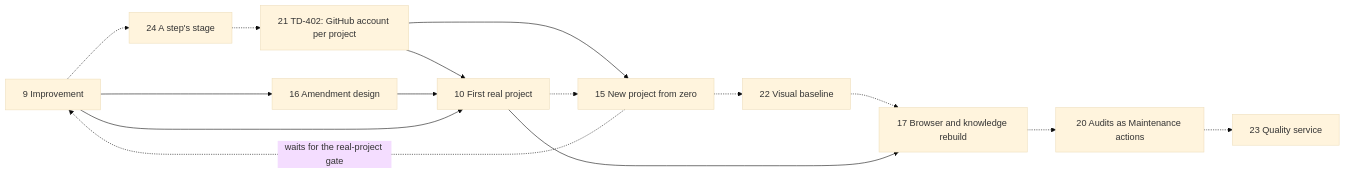
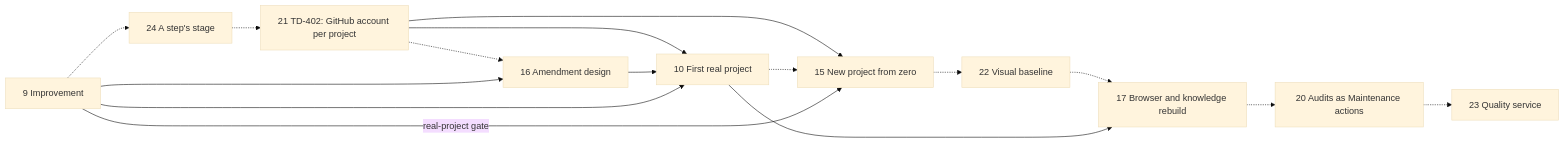
Before and after one commit to maba-pag/owlbear: the diagram in .owlbear/research/owlbear-plan.md, drawn with Mermaid (base theme). The commit also changed other lines of this file, not shown here.

Commit message:
Plan: the dependency diagram without the gate cycle; TD-402 before item 16

````diff
--- a/.owlbear/research/owlbear-plan.md
+++ b/.owlbear/research/owlbear-plan.md
@@ -113,17 +113,18 @@
 ```mermaid
 flowchart LR
   I9["9 Improvement"] -.-> I24["24 A step's stage"]
   I24 -.-> I21["21 TD-402: GitHub account per project"]
   I21 --> I15["15 New project from zero"]
   I21 --> I10["10 First real project"]
+  I21 -.-> I16
   I9 --> I16["16 Amendment design"]
   I16 --> I10
   I9 --> I10
   I10 -.-> I15
-  I15 -. waits for the real-project gate .-> I9
+  I9 -- real-project gate --> I15
   I15 -.-> I22["22 Visual baseline"]
   I22 -.-> I17["17 Browser and knowledge rebuild"]
   I10 --> I17
   I17 -.-> I20["20 Audits as Maintenance actions"]
   I20 -.-> I23["23 Quality service"]
 ```
````
